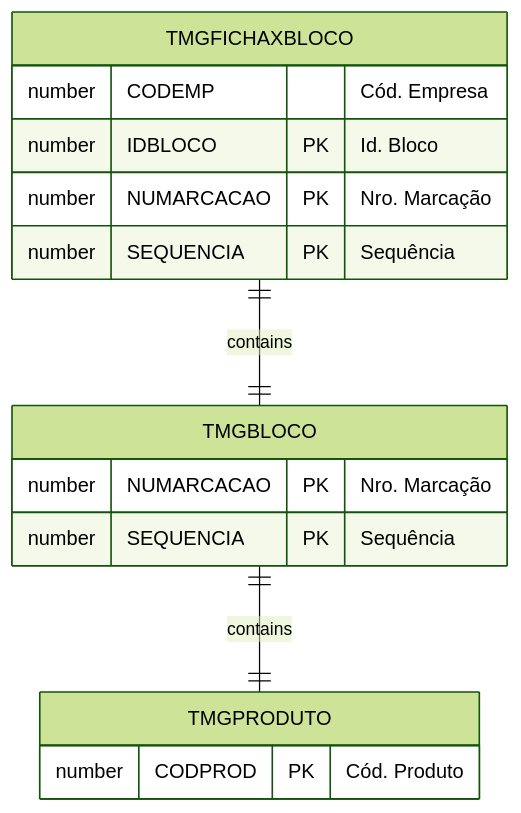
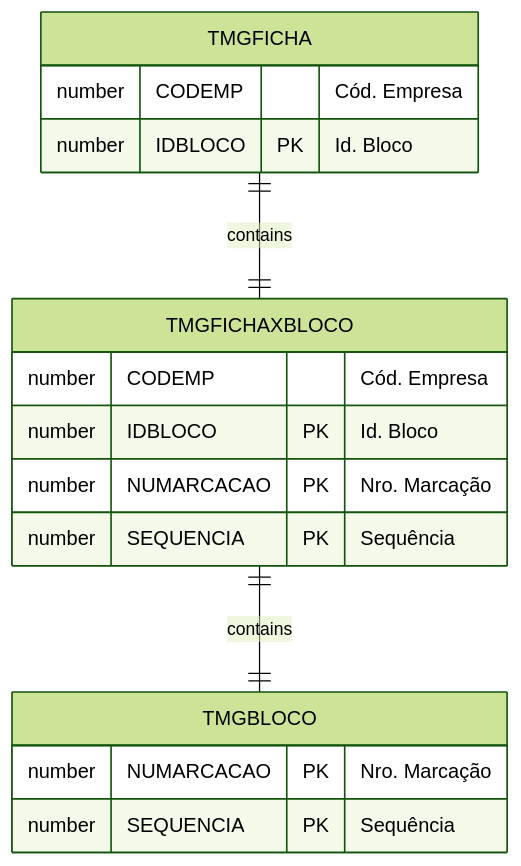
Before and after one commit to cbmsoft/margrandocs: the diagram in docs/_database/TMGFICHAXBLOCO.md, drawn with Mermaid (forest theme). The commit also changed other lines of this file and 11 other files, not shown here.

````diff
--- a/docs/_database/TMGFICHAXBLOCO.md
+++ b/docs/_database/TMGFICHAXBLOCO.md
@@ -29,19 +32,20 @@
 ```mermaid
 erDiagram
+    TMGFICHA ||--|| TMGFICHAXBLOCO : contains
     TMGFICHAXBLOCO ||--|| TMGBLOCO : contains
-    TMGBLOCO ||--|| TMGPRODUTO : contains
 
+    TMGFICHA {
+        number CODEMP "Cód. Empresa"
+        number IDBLOCO PK "Id. Bloco"
+    }
     TMGFICHAXBLOCO {
         number CODEMP "Cód. Empresa"
         number IDBLOCO PK "Id. Bloco"
         number NUMARCACAO PK "Nro. Marcação"
         number SEQUENCIA PK "Sequência"
     }
     TMGBLOCO {
         number NUMARCACAO PK "Nro. Marcação"
         number SEQUENCIA PK "Sequência"
     }
-    TMGPRODUTO {
-        number CODPROD PK "Cód. Produto"
-    }
 ```
````
